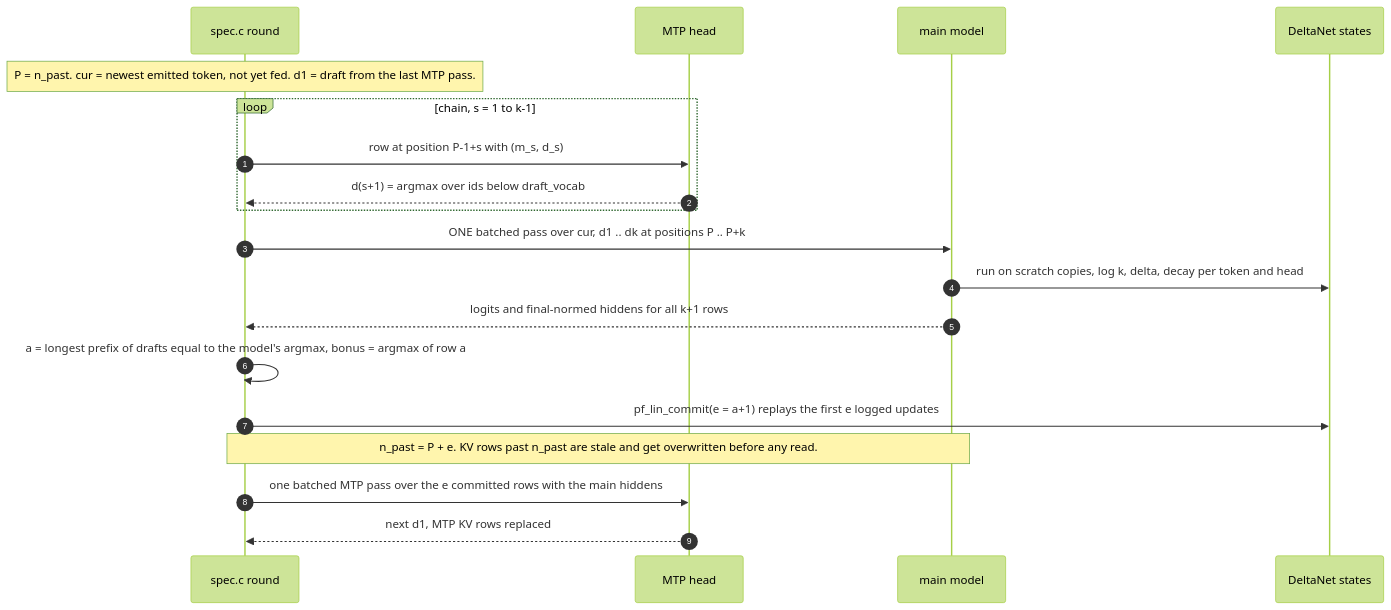
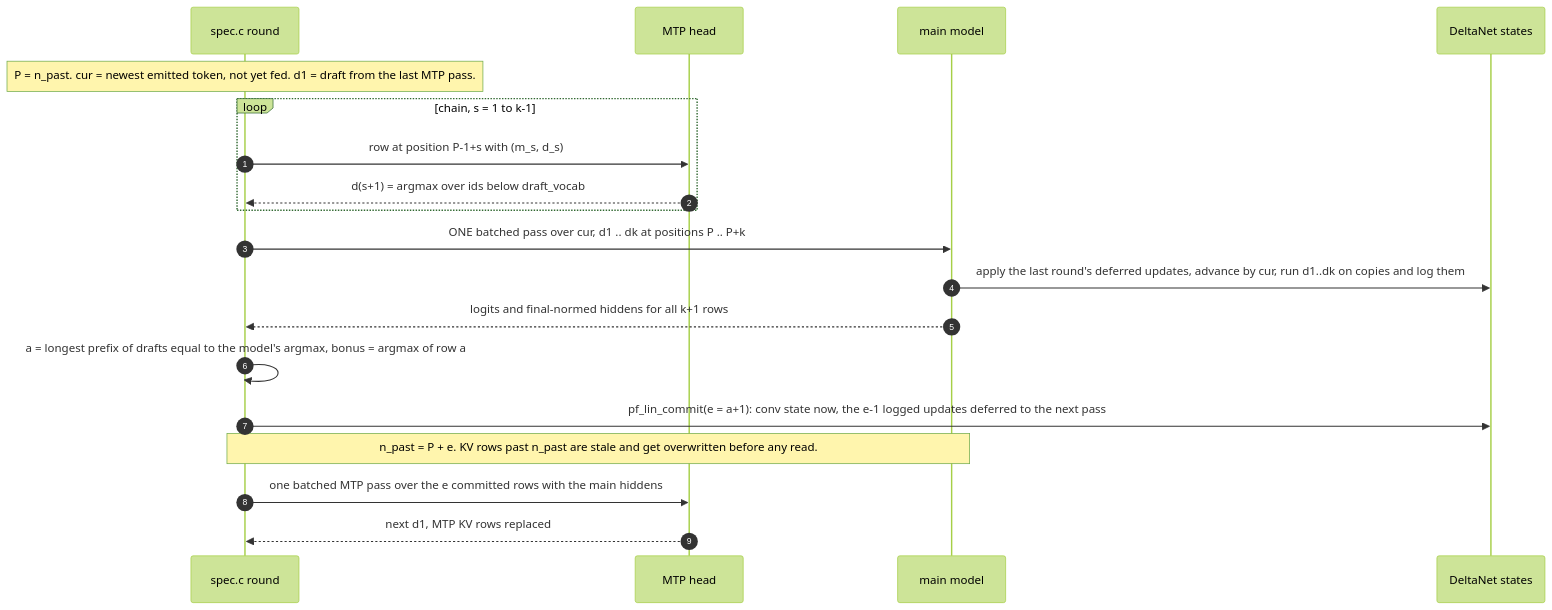
Before and after one commit to Optimizer077/nibblemac: the eighth of 8 diagrams in docs/ARCHITECTURE.md, drawn with Mermaid (forest theme). The commit also changed other lines of this file and 11 other files, not shown here.

````diff
--- a/docs/ARCHITECTURE.md
+++ b/docs/ARCHITECTURE.md
@@ -283,21 +283,21 @@
 ```mermaid
 sequenceDiagram
     autonumber
     participant L as spec.c round
     participant M as MTP head
     participant F as main model
     participant S as DeltaNet states
     Note over L: P = n_past. cur = newest emitted token, not yet fed. d1 = draft from the last MTP pass.
     loop chain, s = 1 to k-1
         L->>M: row at position P-1+s with (m_s, d_s)
         M-->>L: d(s+1) = argmax over ids below draft_vocab
     end
     L->>F: ONE batched pass over cur, d1 .. dk at positions P .. P+k
-    F->>S: run on scratch copies, log k, delta, decay per token and head
+    F->>S: apply the last round's deferred updates, advance by cur, run d1..dk on copies and log them
     F-->>L: logits and final-normed hiddens for all k+1 rows
     L->>L: a = longest prefix of drafts equal to the model's argmax, bonus = argmax of row a
-    L->>S: pf_lin_commit(e = a+1) replays the first e logged updates
+    L->>S: pf_lin_commit(e = a+1): conv state now, the e-1 logged updates deferred to the next pass
     Note over L,F: n_past = P + e. KV rows past n_past are stale and get overwritten before any read.
     L->>M: one batched MTP pass over the e committed rows with the main hiddens
     M-->>L: next d1, MTP KV rows replaced
 ```
````
